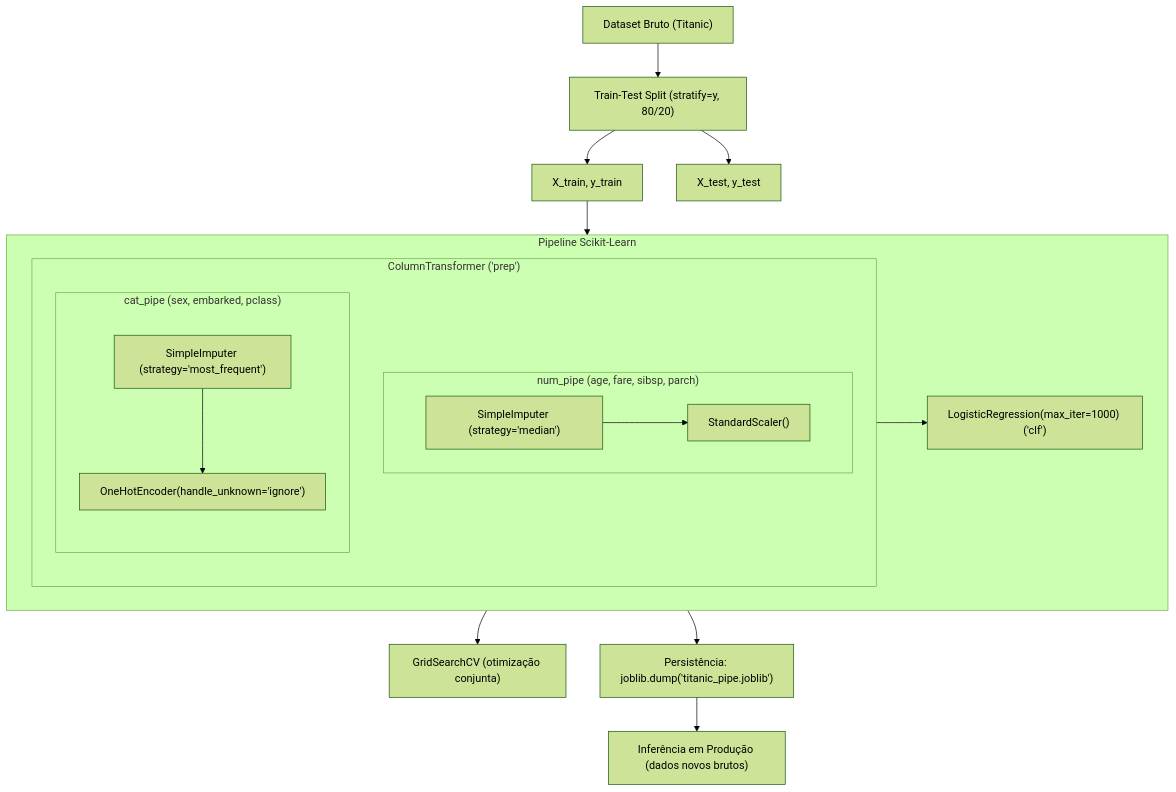
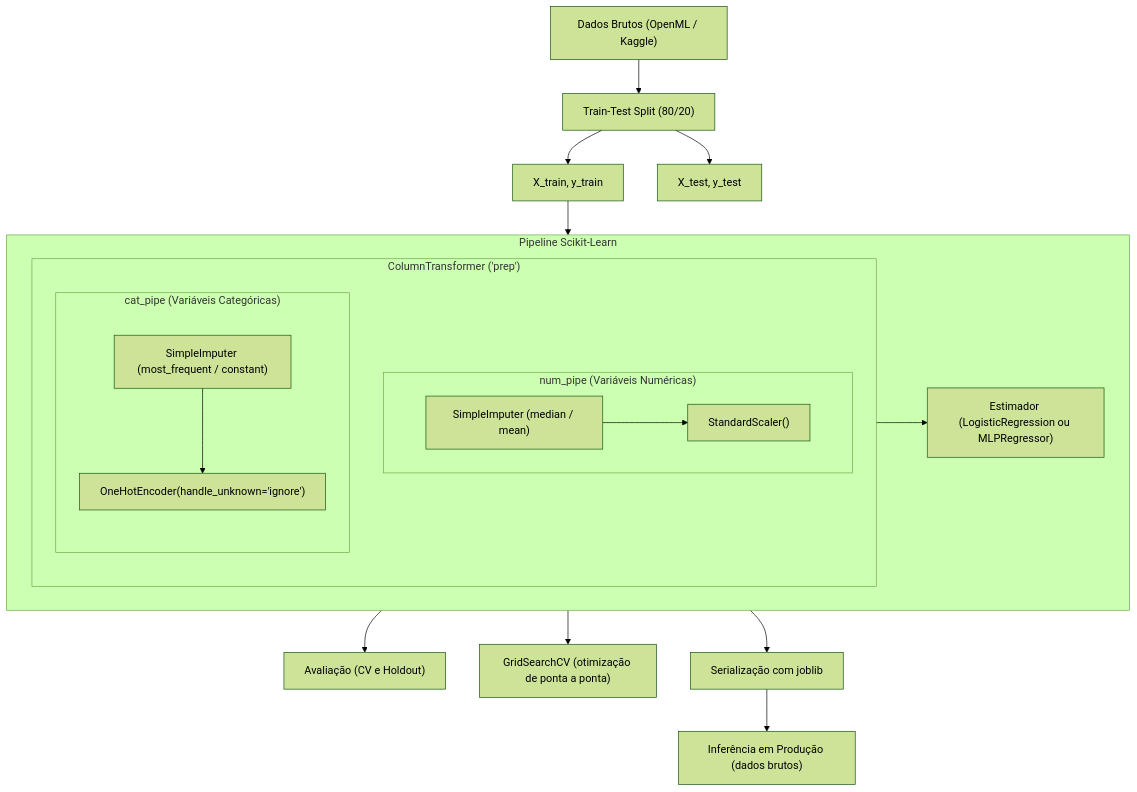
Before and after one commit to Felipe-Tagawa/Treino-IA: the diagram in aula5.3/README.md, drawn with Mermaid (forest theme). The commit also changed other lines of this file and 3 other files, not shown here.

````diff
--- a/aula5.3/README.md
+++ b/aula5.3/README.md
@@ -23,23 +50,24 @@
 ```mermaid
 flowchart TD
-    RawData["Dataset Bruto (Titanic)"] --> Split["Train-Test Split (stratify=y, 80/20)"]
+    RawData["Dados Brutos (OpenML / Kaggle)"] --> Split["Train-Test Split (80/20)"]
     Split --> Train["X_train, y_train"]
     Split --> Test["X_test, y_test"]
 
     subgraph Pipeline["Pipeline Scikit-Learn"]
         subgraph ColumnTransformer["ColumnTransformer ('prep')"]
-            subgraph NumPipe["num_pipe (age, fare, sibsp, parch)"]
-                NumImp["SimpleImputer (strategy='median')"] --> Scaler["StandardScaler()"]
+            subgraph NumPipe["num_pipe (Variáveis Numéricas)"]
+                NumImp["SimpleImputer (median / mean)"] --> Scaler["StandardScaler()"]
             end
-            subgraph CatPipe["cat_pipe (sex, embarked, pclass)"]
-                CatImp["SimpleImputer (strategy='most_frequent')"] --> OHE["OneHotEncoder(handle_unknown='ignore')"]
+            subgraph CatPipe["cat_pipe (Variáveis Categóricas)"]
+                CatImp["SimpleImputer (most_frequent / constant)"] --> OHE["OneHotEncoder(handle_unknown='ignore')"]
             end
         end
-        ColumnTransformer --> Classifier["LogisticRegression(max_iter=1000) ('clf')"]
+        ColumnTransformer --> Model["Estimador (LogisticRegression ou MLPRegressor)"]
     end
 
     Train --> Pipeline
-    Pipeline --> GridSearch["GridSearchCV (otimização conjunta)"]
-    Pipeline --> Serialization["Persistência: joblib.dump('titanic_pipe.joblib')"]
-    Serialization --> Production["Inferência em Produção (dados novos brutos)"]
+    Pipeline --> Evaluation["Avaliação (CV e Holdout)"]
+    Pipeline --> GridSearch["GridSearchCV (otimização de ponta a ponta)"]
+    Pipeline --> Serialization["Serialização com joblib"]
+    Serialization --> Production["Inferência em Produção (dados brutos)"]
 ```
````
